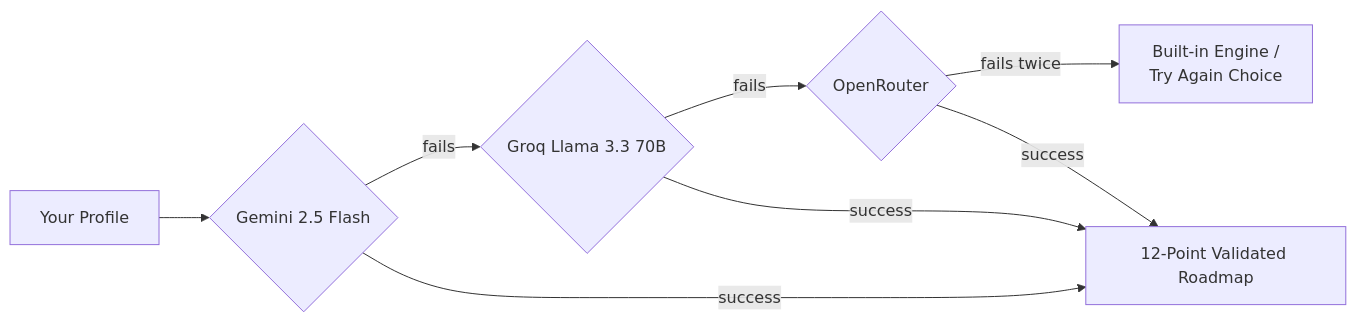
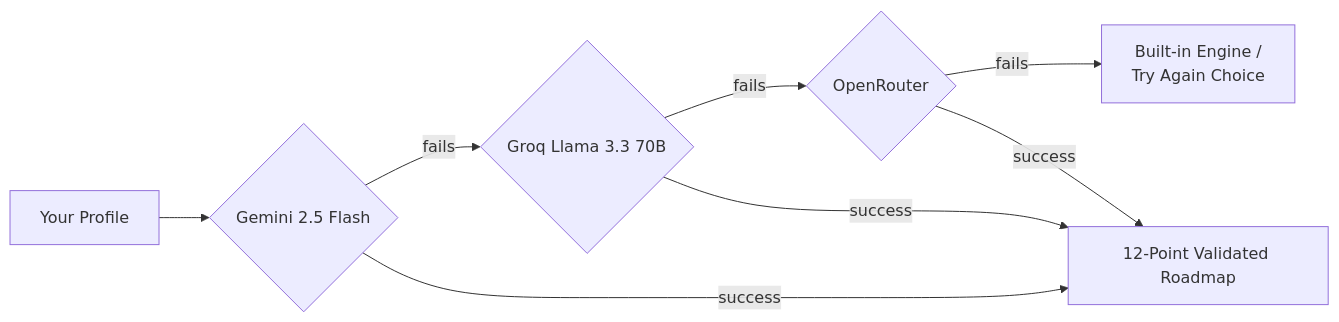
Before and after one commit to dumzvybez/launchpad: the first of 2 diagrams in README.md, drawn with Mermaid. The commit also changed other lines of this file and 110 other files, not shown here.

````diff
--- a/README.md
+++ b/README.md
@@ -62,10 +61,10 @@
 ```mermaid
 flowchart LR
     A[Your Profile] --> B{Gemini 2.5 Flash}
     B -- fails --> C{Groq Llama 3.3 70B}
     C -- fails --> D{OpenRouter}
-    D -- fails twice --> E[Built-in Engine /<br/>Try Again Choice]
+    D -- fails --> E[Built-in Engine /<br/>Try Again Choice]
     B -- success --> F[12-Point Validated Roadmap]
     C -- success --> F
     D -- success --> F
 ```
````
